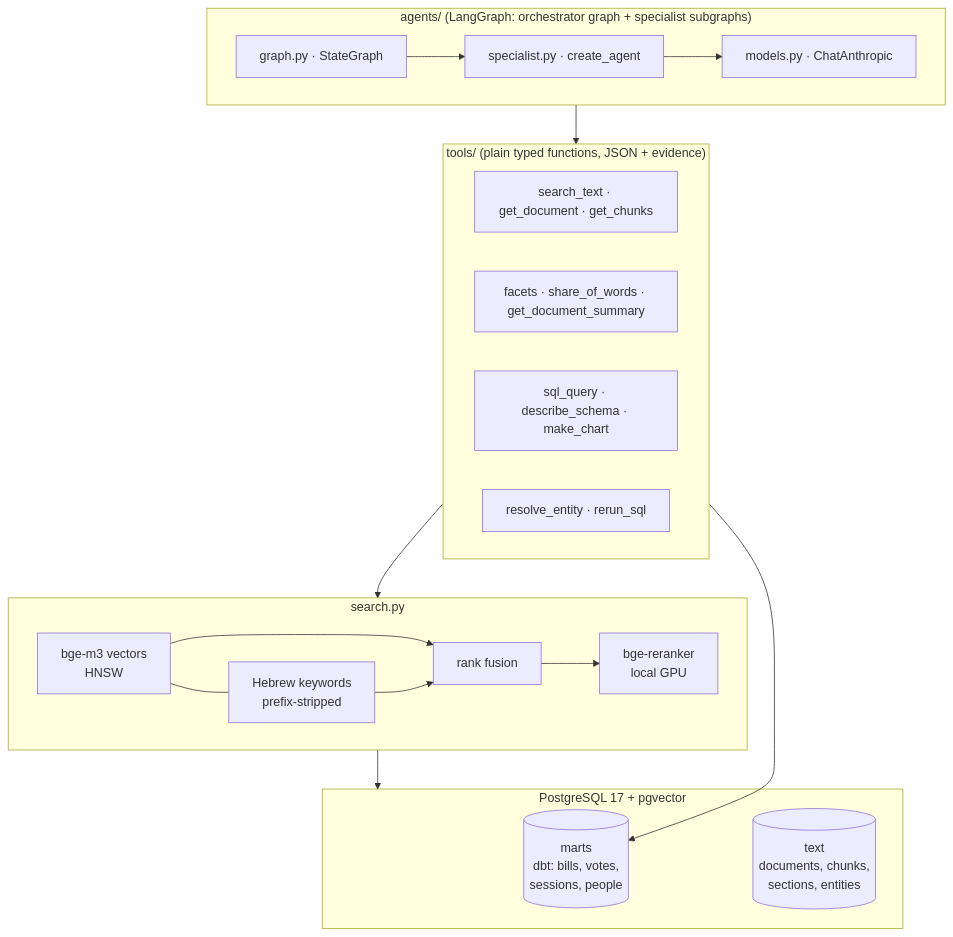
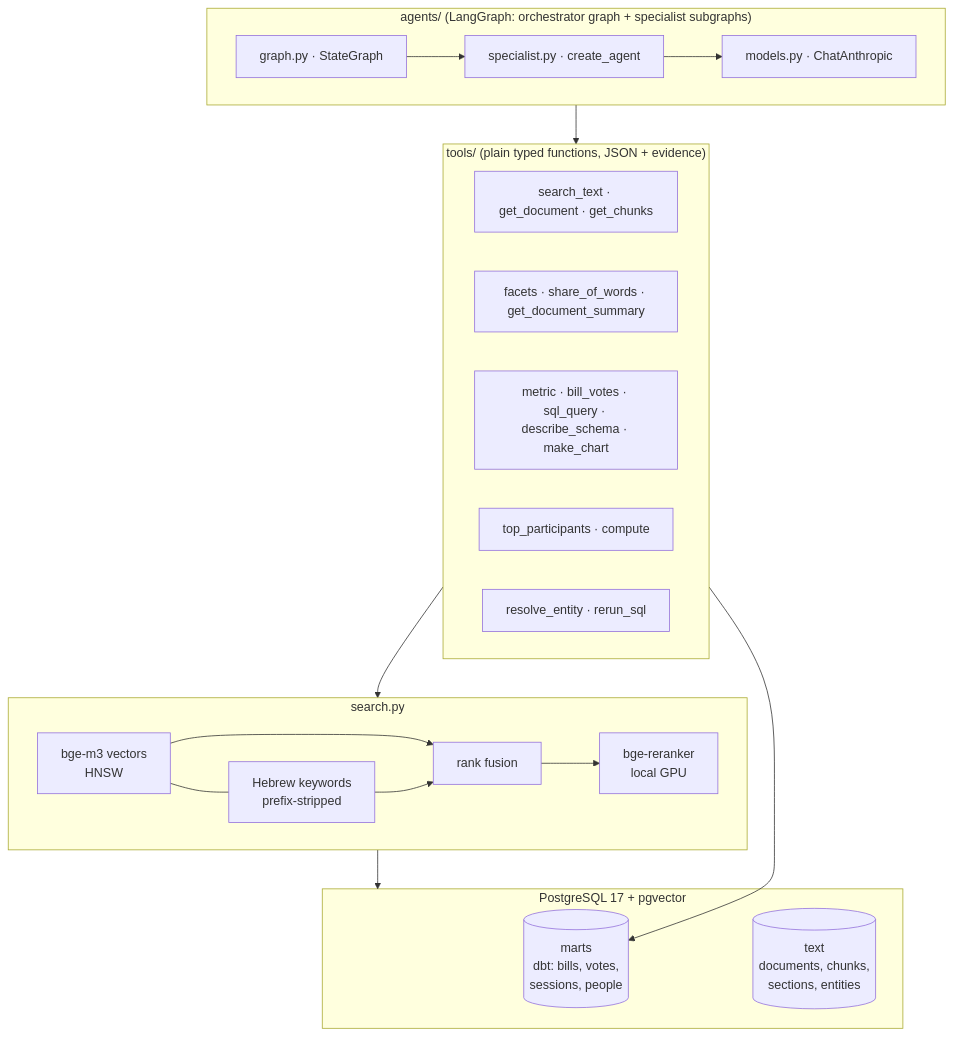
One commit to ChenPortsia/knesset_analyst_agent changed the second of 2 diagrams in docs/architecture.md. Above: the diagram before and after it, drawn with Mermaid. The commit also changed other lines of this file and 17 other files, not shown here.

First line of the commit message:
Semantic layer for the agents; metric, bill_votes, top_participants, compute tools

````diff
--- a/docs/architecture.md
+++ b/docs/architecture.md
@@ -31,22 +31,23 @@
 ```mermaid
 flowchart TB
     subgraph Agents["agents/ (LangGraph: orchestrator graph + specialist subgraphs)"]
       G[graph.py · StateGraph] --> SP[specialist.py · create_agent] --> L[models.py · ChatAnthropic]
     end
     subgraph Tools["tools/ (plain typed functions, JSON + evidence)"]
       T1[search_text · get_document · get_chunks]
       T2[facets · share_of_words · get_document_summary]
-      T3[sql_query · describe_schema · make_chart]
+      T3[metric · bill_votes · sql_query · describe_schema · make_chart]
+      T5[top_participants · compute]
       T4[resolve_entity · rerun_sql]
     end
     subgraph Retrieval["search.py"]
       VEC[bge-m3 vectors<br/>HNSW] --- KW[Hebrew keywords<br/>prefix-stripped]
       VEC & KW --> RRF[rank fusion] --> RR[bge-reranker<br/>local GPU]
     end
     subgraph Data["PostgreSQL 17 + pgvector"]
       M[(marts<br/>dbt: bills, votes,<br/>sessions, people)]
       TX[(text<br/>documents, chunks,<br/>sections, entities)]
     end
     Agents --> Tools --> Retrieval --> Data
     Tools --> M
 ```
````
